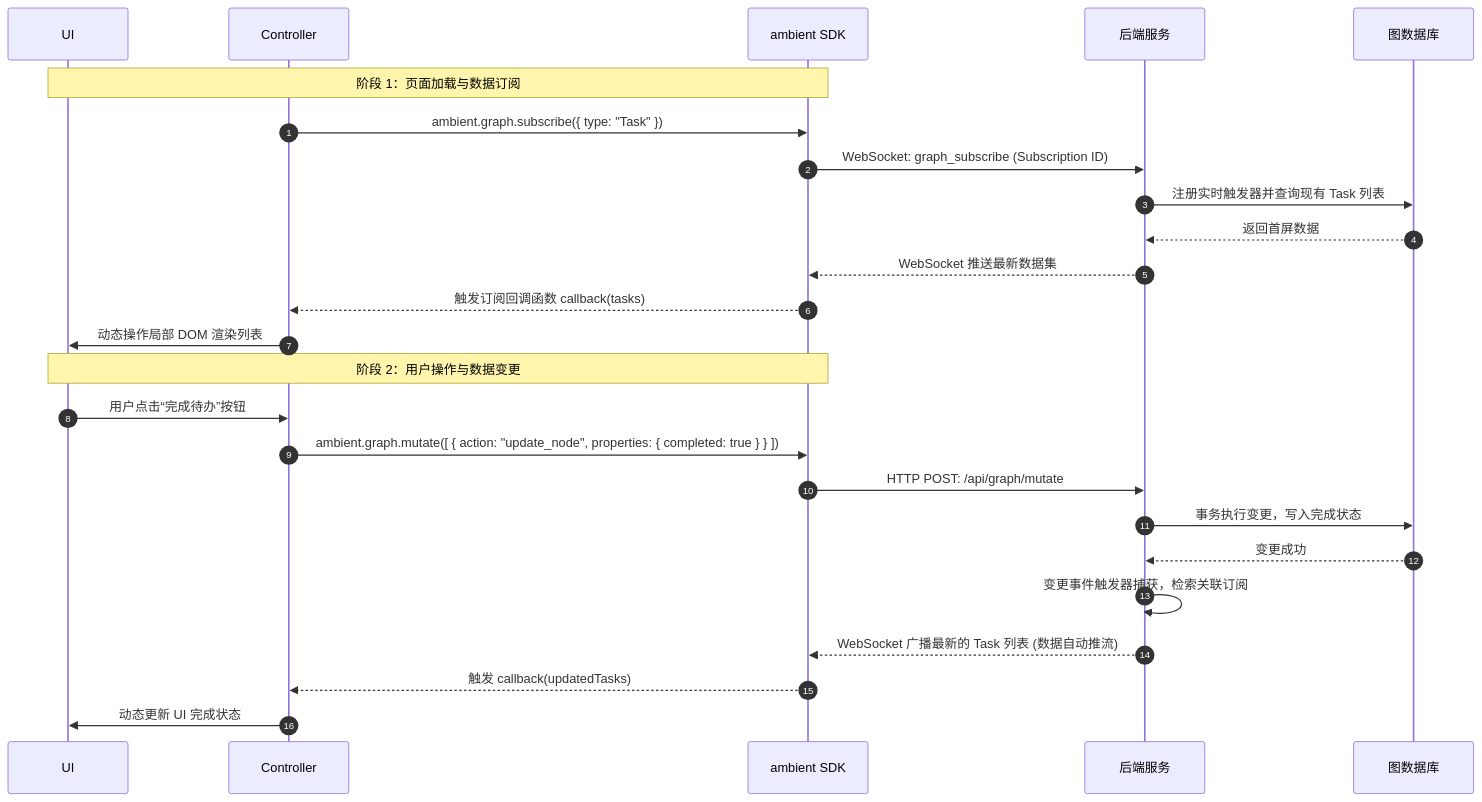
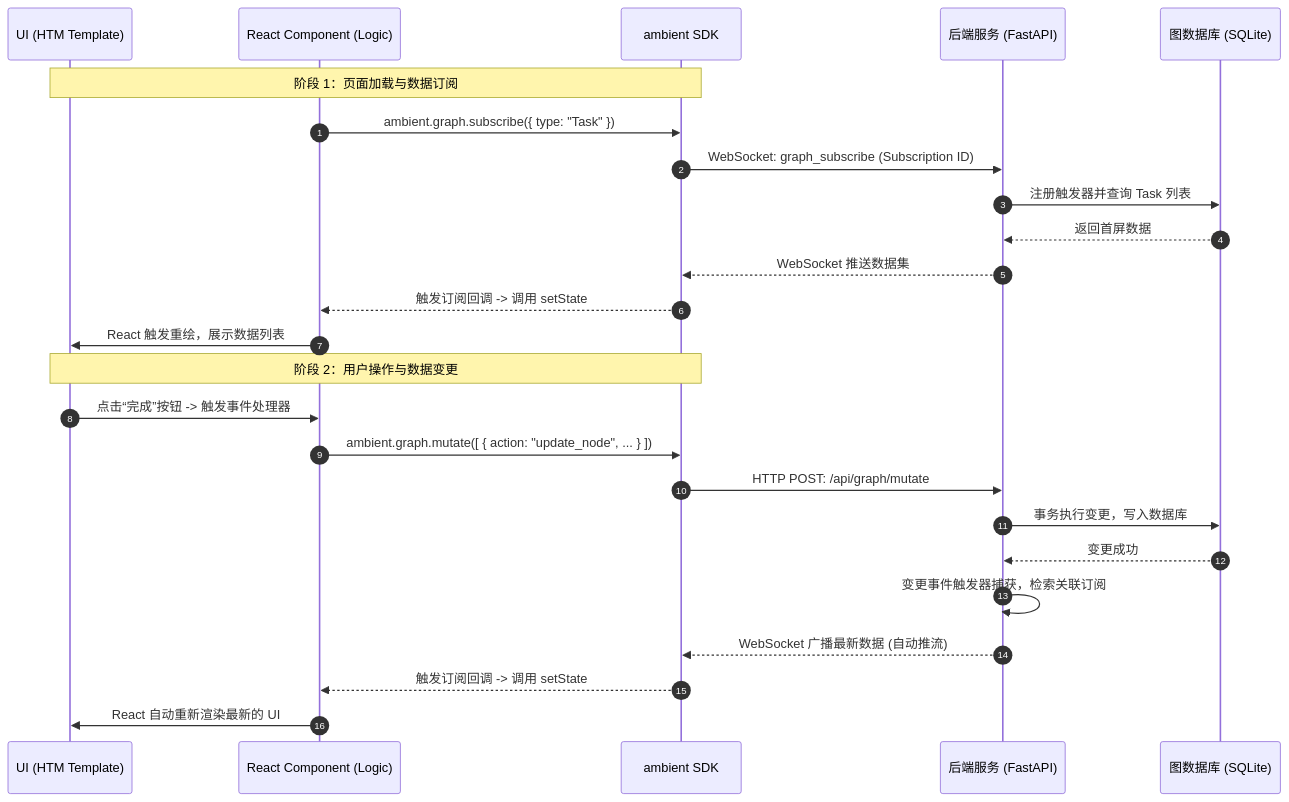
One commit to BillShiyaoZhang/ambient-agent changed the second of 2 diagrams in docs/architecture/apps.md. Above: the diagram before and after it, drawn with Mermaid. The commit also changed other lines of this file and 26 other files, not shown here.

First line of the commit message:
Unify widget system to React+HTM

````diff
--- a/docs/architecture/apps.md
+++ b/docs/architecture/apps.md
@@ -57,29 +82,29 @@
 ```mermaid
 sequenceDiagram
     autonumber
-    participant UI as UI
-    participant Ctrl as Controller
+    participant UI as UI (HTM Template)
+    participant Ctrl as React Component (Logic)
     participant SDK as ambient SDK
-    participant BE as 后端服务
-    participant DB as 图数据库
+    participant BE as 后端服务 (FastAPI)
+    participant DB as 图数据库 (SQLite)
 
     Note over UI, SDK: 阶段 1：页面加载与数据订阅
     Ctrl->>SDK: ambient.graph.subscribe({ type: "Task" })
     SDK->>BE: WebSocket: graph_subscribe (Subscription ID)
-    BE->>DB: 注册实时触发器并查询现有 Task 列表
+    BE->>DB: 注册触发器并查询 Task 列表
     DB-->>BE: 返回首屏数据
-    BE-->>SDK: WebSocket 推送最新数据集
-    SDK-->>Ctrl: 触发订阅回调函数 callback(tasks)
-    Ctrl->>UI: 动态操作局部 DOM 渲染列表
+    BE-->>SDK: WebSocket 推送数据集
+    SDK-->>Ctrl: 触发订阅回调 -> 调用 setState
+    Ctrl->>UI: React 触发重绘，展示数据列表
 
     Note over UI, SDK: 阶段 2：用户操作与数据变更
-    UI->>Ctrl: 用户点击“完成待办”按钮
-    Ctrl->>SDK: ambient.graph.mutate([ { action: "update_node", properties: { completed: true } } ])
+    UI->>Ctrl: 点击“完成”按钮 -> 触发事件处理器
+    Ctrl->>SDK: ambient.graph.mutate([ { action: "update_node", ... } ])
     SDK->>BE: HTTP POST: /api/graph/mutate
-    BE->>DB: 事务执行变更，写入完成状态
+    BE->>DB: 事务执行变更，写入数据库
     DB-->>BE: 变更成功
     BE->>BE: 变更事件触发器捕获，检索关联订阅
-    BE-->>SDK: WebSocket 广播最新的 Task 列表 (数据自动推流)
-    SDK-->>Ctrl: 触发 callback(updatedTasks)
-    Ctrl->>UI: 动态更新 UI 完成状态
+    BE-->>SDK: WebSocket 广播最新数据 (自动推流)
+    SDK-->>Ctrl: 触发订阅回调 -> 调用 setState
+    Ctrl->>UI: React 自动重新渲染最新的 UI
 ```
````
